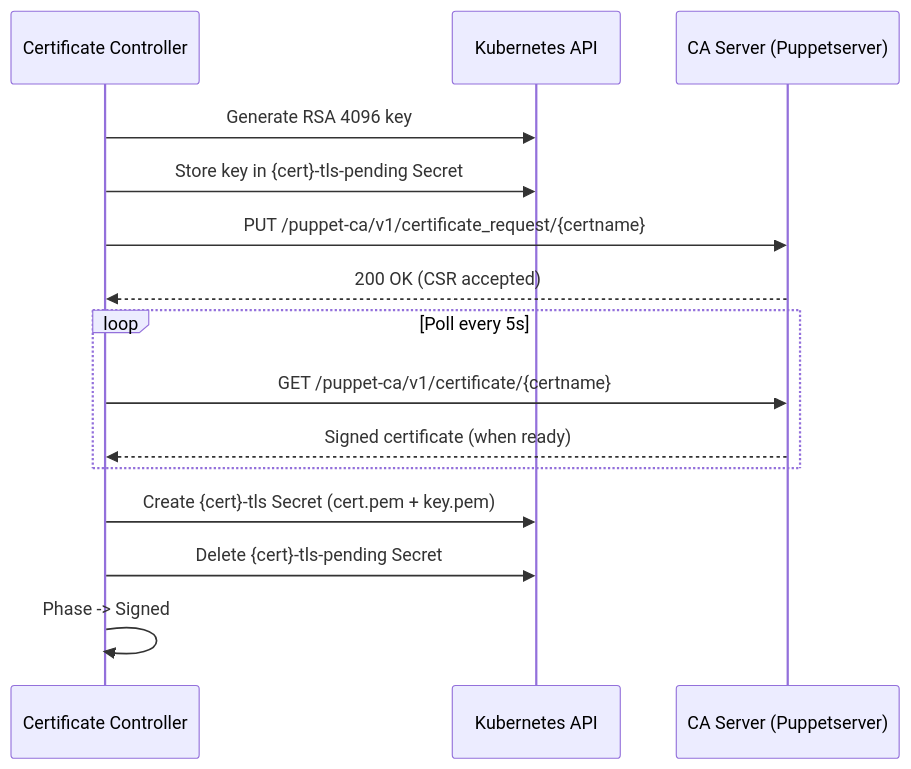
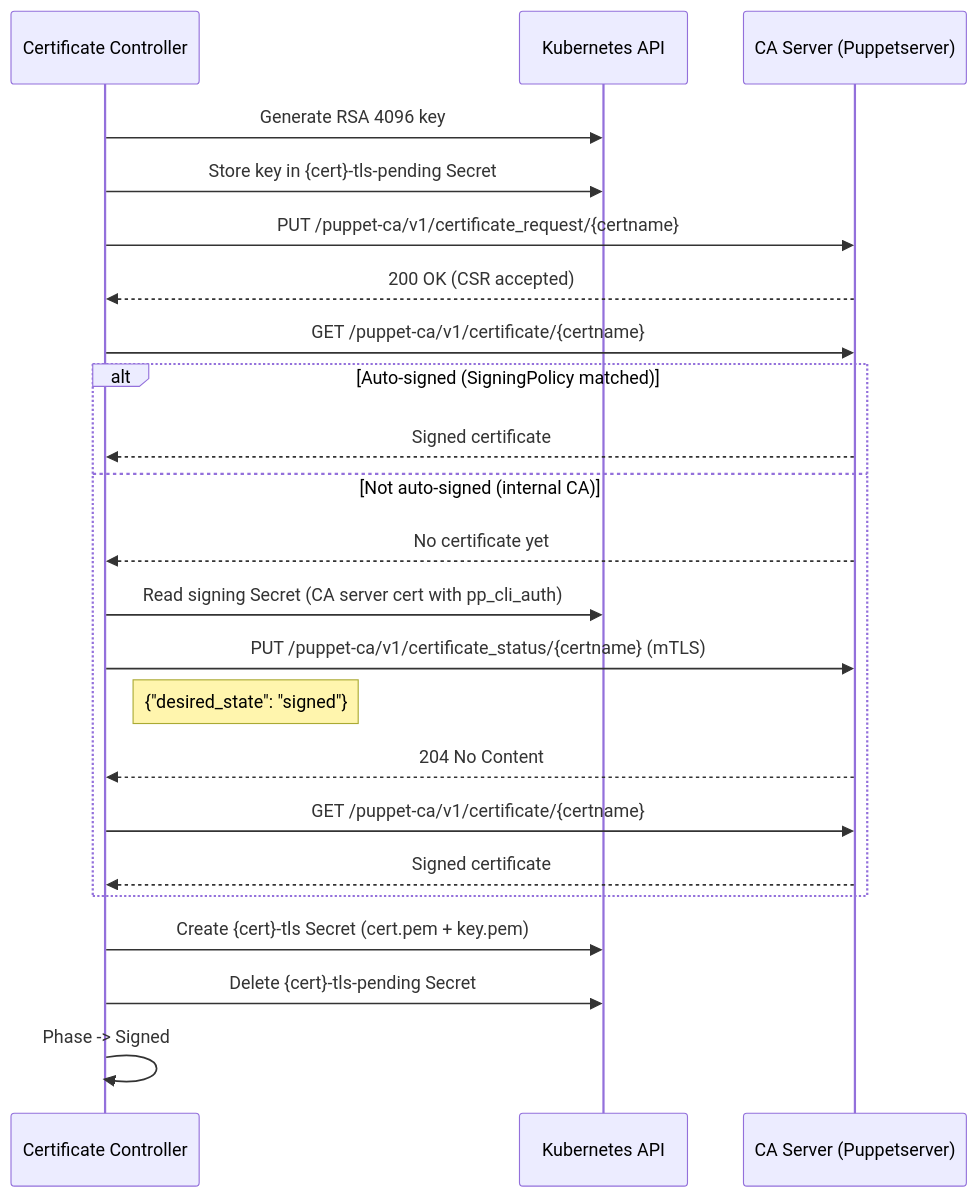
One commit to slauger/openvox-operator changed the second of 2 diagrams in docs/concepts/certificate-signing.md. Above: the diagram before and after it, drawn with Mermaid. The commit also changed other lines of this file and 8 other files, not shown here.

First line of the commit message:
feat: operator-driven certificate signing for internal CAs

````diff
--- a/docs/concepts/certificate-signing.md
+++ b/docs/concepts/certificate-signing.md
@@ -59,20 +59,27 @@
 ```mermaid
 sequenceDiagram
     participant Cert as Certificate Controller
     participant K8s as Kubernetes API
     participant CA as CA Server (Puppetserver)
 
     Cert->>K8s: Generate RSA 4096 key
     Cert->>K8s: Store key in {cert}-tls-pending Secret
     Cert->>CA: PUT /puppet-ca/v1/certificate_request/{certname}
     CA-->>Cert: 200 OK (CSR accepted)
-
-    loop Poll every 5s
+    Cert->>CA: GET /puppet-ca/v1/certificate/{certname}
+    alt Auto-signed (SigningPolicy matched)
+        CA-->>Cert: Signed certificate
+    else Not auto-signed (internal CA)
+        CA-->>Cert: No certificate yet
+        Cert->>K8s: Read signing Secret (CA server cert with pp_cli_auth)
+        Cert->>CA: PUT /puppet-ca/v1/certificate_status/{certname} (mTLS)
+        Note right of Cert: {"desired_state": "signed"}
+        CA-->>Cert: 204 No Content
         Cert->>CA: GET /puppet-ca/v1/certificate/{certname}
-        CA-->>Cert: Signed certificate (when ready)
+        CA-->>Cert: Signed certificate
     end
 
     Cert->>K8s: Create {cert}-tls Secret (cert.pem + key.pem)
     Cert->>K8s: Delete {cert}-tls-pending Secret
     Cert->>Cert: Phase -> Signed
 ```
````
